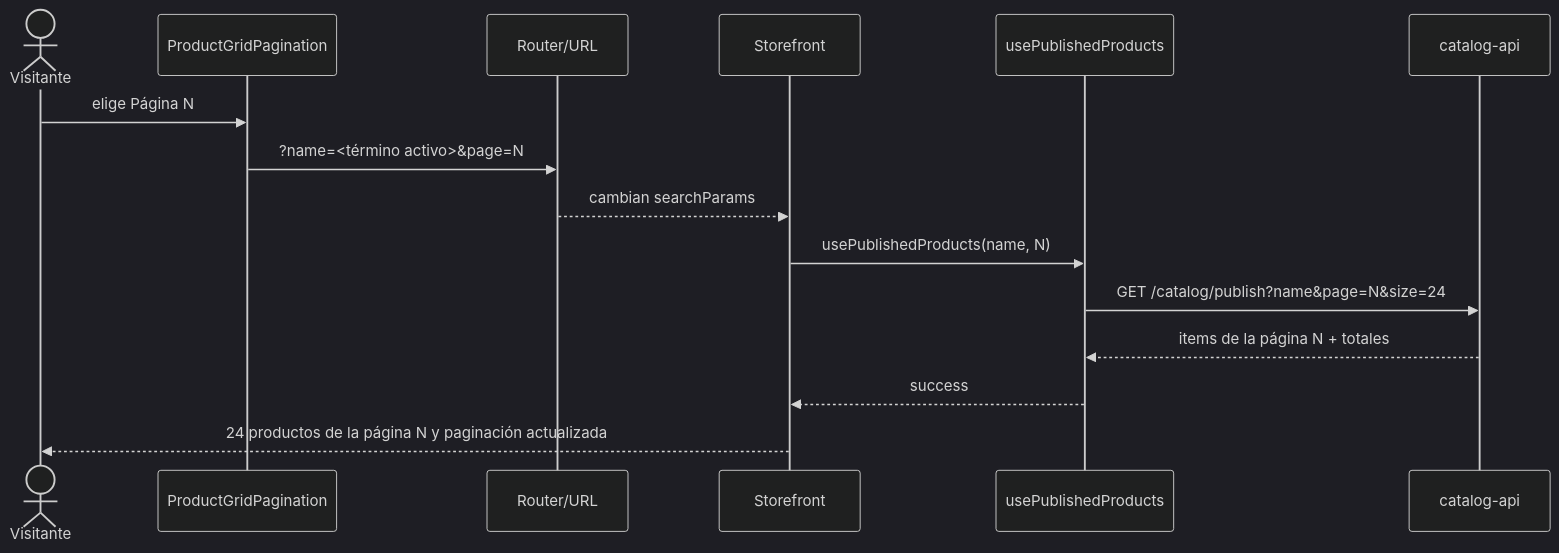
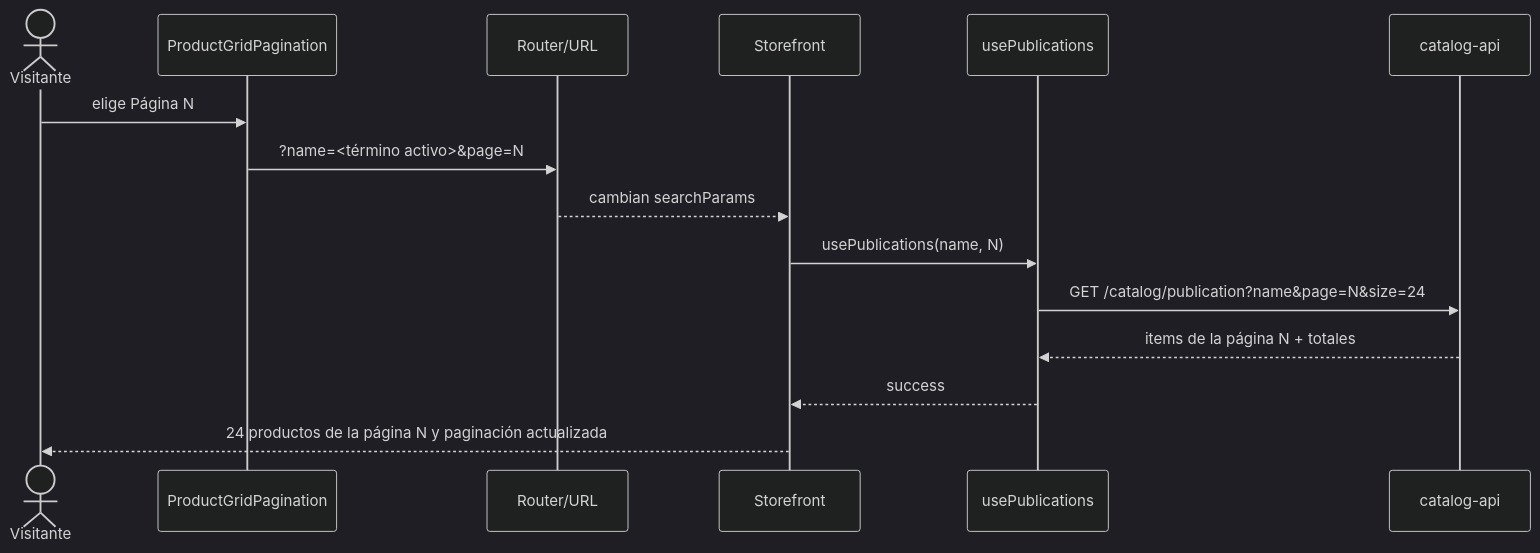
One commit to Dariosoft/fes-client-web changed the fourth of 5 diagrams in specs/002-storefront-product-grid/uml.md. Above: the diagram before and after it, drawn with Mermaid (dark theme). The commit also changed other lines of this file and 14 other files, not shown here.

````diff
--- a/specs/002-storefront-product-grid/uml.md
+++ b/specs/002-storefront-product-grid/uml.md
@@ -193,18 +193,18 @@
 ```mermaid
 sequenceDiagram
   actor V as Visitante
   participant P as ProductGridPagination
   participant R as Router/URL
   participant S as Storefront
-  participant H as usePublishedProducts
+  participant H as usePublications
   participant A as catalog-api
 
   V->>P: elige Página N
   P->>R: ?name=<término activo>&page=N
   R-->>S: cambian searchParams
-  S->>H: usePublishedProducts(name, N)
-  H->>A: GET /catalog/publish?name&page=N&size=24
+  S->>H: usePublications(name, N)
+  H->>A: GET /catalog/publication?name&page=N&size=24
   A-->>H: items de la página N + totales
   H-->>S: success
   S-->>V: 24 productos de la página N y paginación actualizada
 ```
````
